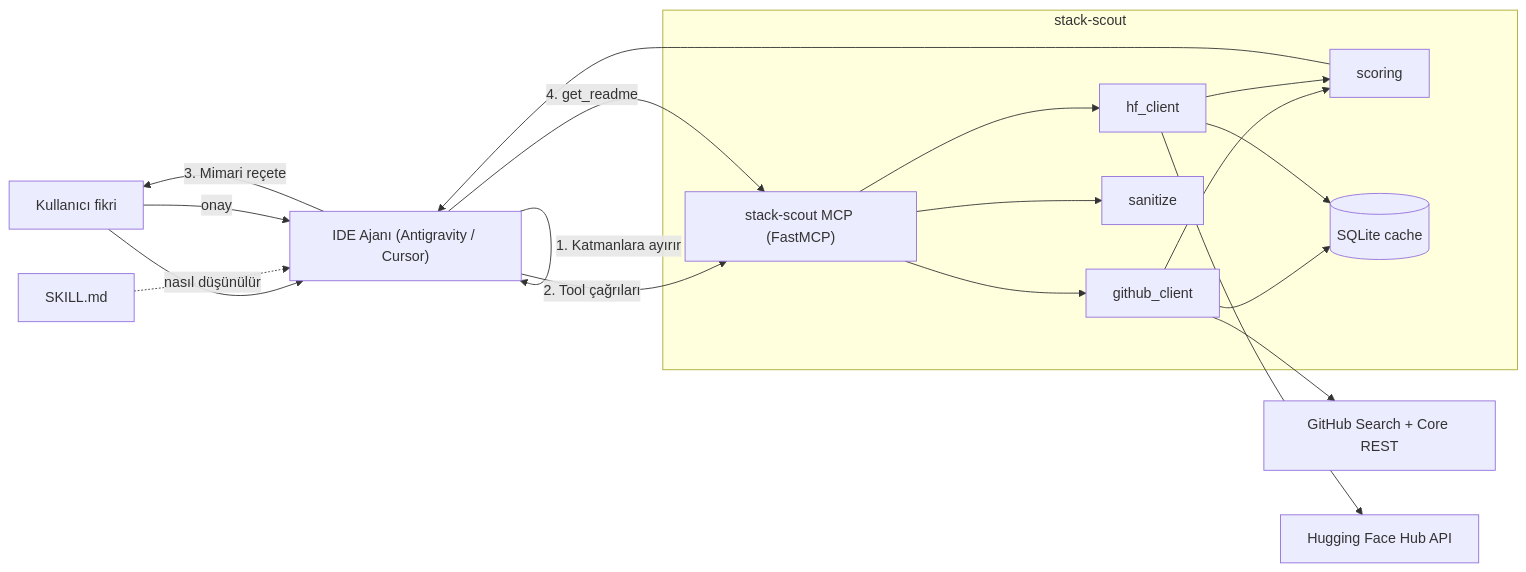
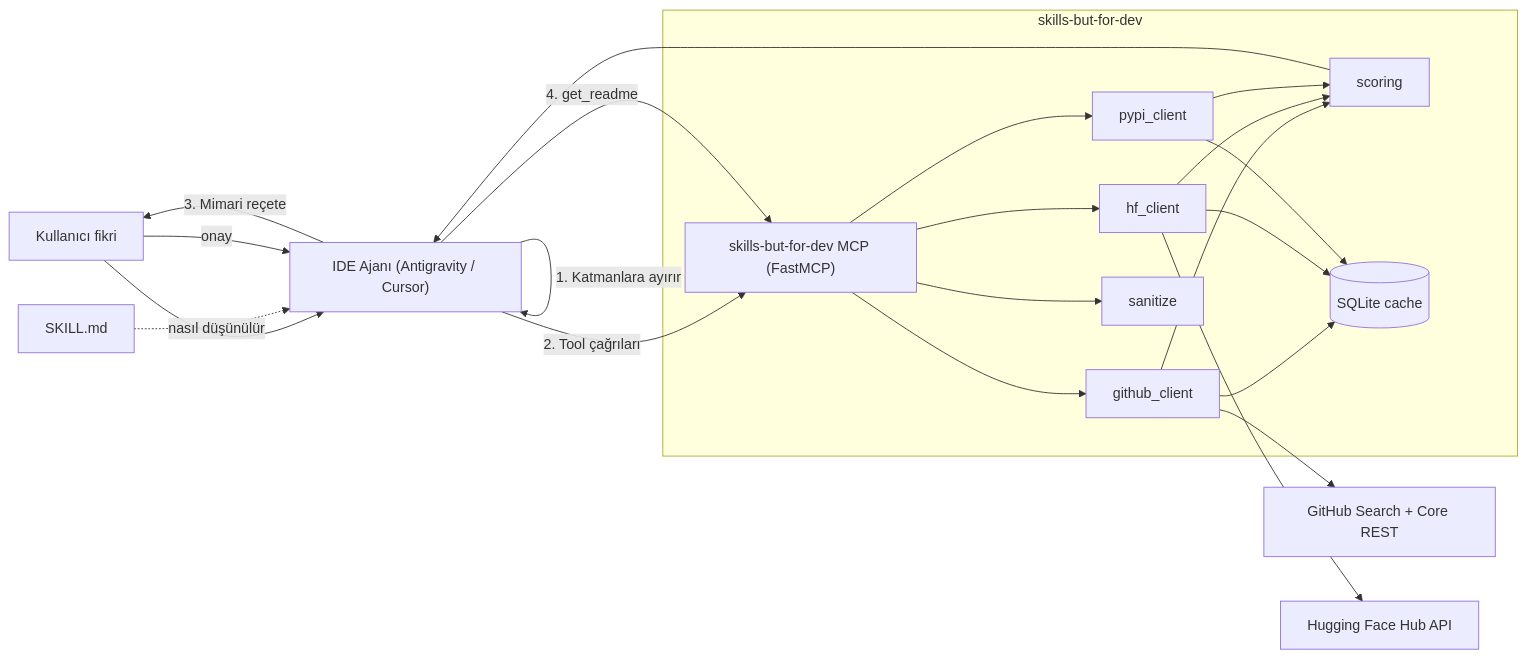
One commit to MelihcanTheGreat/Skills-but-for-dev changed the first of 2 diagrams in ARCHITECTURE.md. Above: the diagram before and after it, drawn with Mermaid. The commit also changed other lines of this file and 2 other files, not shown here.

Commit message:
docs: revamp README showcase, purge legacy stack-scout references, and polish global SKILL.md

````diff
--- a/ARCHITECTURE.md
+++ b/ARCHITECTURE.md
@@ -60,24 +60,27 @@
 ```mermaid
 flowchart LR
     U["Kullanıcı fikri"] --> A["IDE Ajanı (Antigravity / Cursor)"]
     S["SKILL.md"] -.->|"nasıl düşünülür"| A
     A -->|"1. Katmanlara ayırır"| A
-    A -->|"2. Tool çağrıları"| M["stack-scout MCP (FastMCP)"]
+    A -->|"2. Tool çağrıları"| M["skills-but-for-dev MCP (FastMCP)"]
 
-    subgraph M_INNER["stack-scout"]
+    subgraph M_INNER["skills-but-for-dev"]
         M --> GC["github_client"]
         M --> HC["hf_client"]
+        M --> PC["pypi_client"]
         GC --> SC["scoring"]
         HC --> SC
+        PC --> SC
         M --> SN["sanitize"]
         GC --> C[("SQLite cache")]
         HC --> C
+        PC --> C
     end
 
     GC --> GH["GitHub Search + Core REST"]
     HC --> HF["Hugging Face Hub API"]
     SC --> A
     A -->|"3. Mimari reçete"| U
     U -->|"onay"| A
     A -->|"4. get_readme"| M
 ```
````
